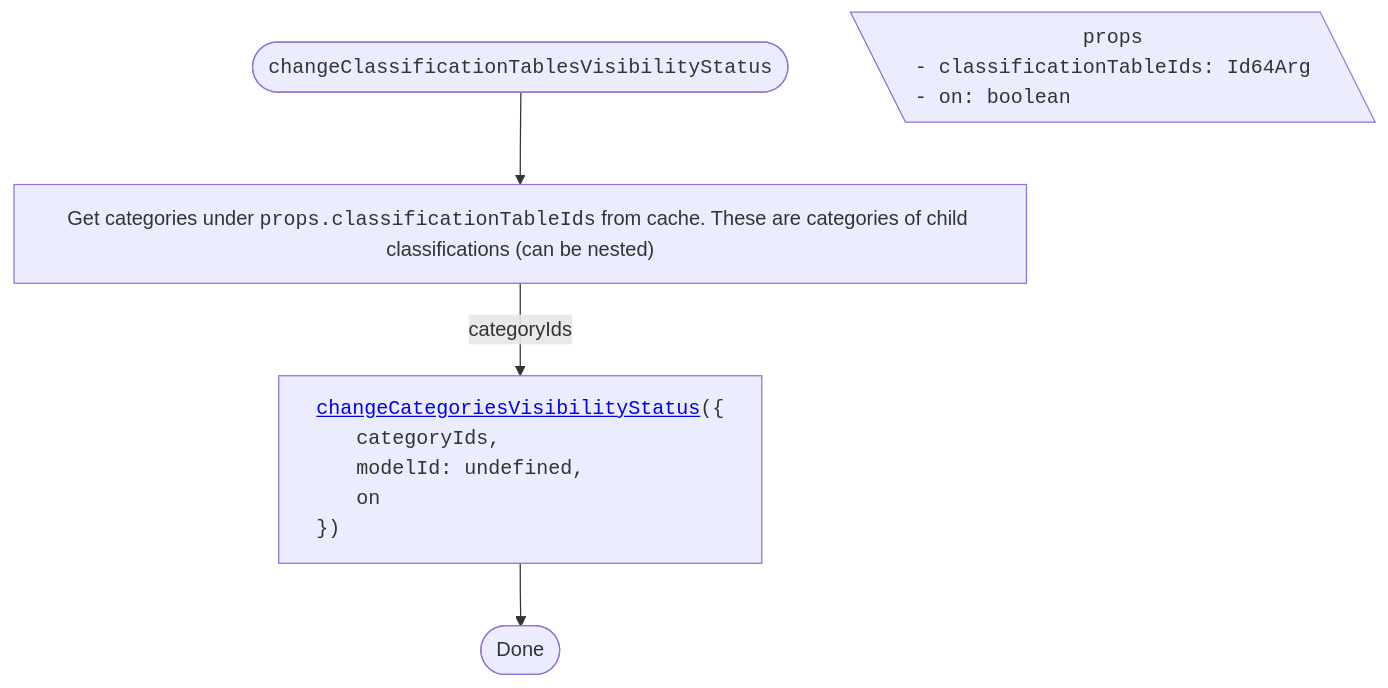
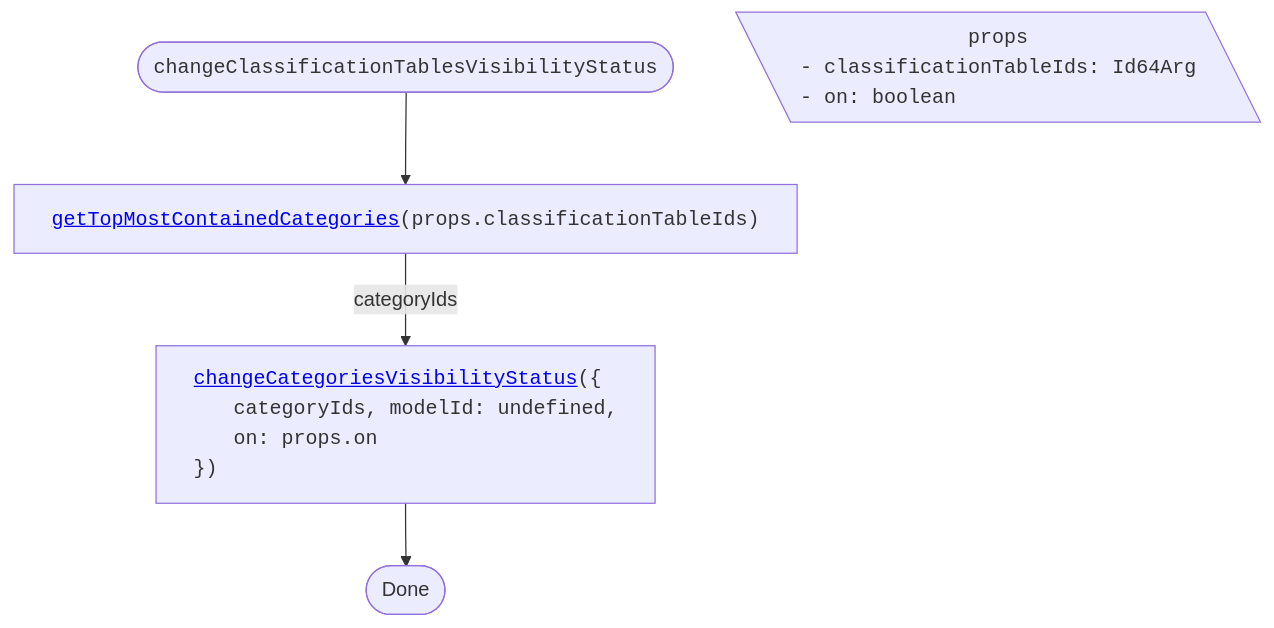
The fourth of 5 diagrams in packages/itwin/tree-widget/docs/ClassificationsTreeVisibilityHandling.md (iTwin/viewer-components-react), drawn with Mermaid before and after one commit. The commit also changed other lines of this file and 4 other files, not shown here.

Commit message:
[Tree widget]: update mermaid diagrams on `next`

````diff
--- a/packages/itwin/tree-widget/docs/ClassificationsTreeVisibilityHandling.md
+++ b/packages/itwin/tree-widget/docs/ClassificationsTreeVisibilityHandling.md
@@ -100,26 +111,25 @@
 ```mermaid
 ---
 config:
   flowchart:
     wrappingWidth: 750
     useMaxWidth: false
 ---
 
 flowchart TD
   RESULT_Done([Done])
 
   %% Start
-  TITLE(["<span style='font-family: monospace;'>changeClassificationTablesVisibilityStatus</span>"]) --> A["Get categories under <span style='font-family: monospace;'>props.classificationTableIds</span> from cache. These are categories of child classifications (can be nested)"]
+  TITLE(["<span style='font-family: monospace;'>changeClassificationTablesVisibilityStatus</span>"]) --> A["<span style='font-family: monospace;'><a href='#resolving-contained-categories'>getTopMostContainedCategories</a>(props.classificationTableIds)</span>"]
 
   PROPS[\"
     <span style='font-family: monospace;'>props</span>
     <span style='display: block; text-align: left; font-family: monospace;'>- classificationTableIds: Id64Arg<br/>- on: boolean</span>
   "\]
 
   A -- categoryIds --> B["<div style='text-align: left; font-family: monospace;'><a href='./SharedVisibilityHandling.md#changecategoriesvisibilitystatus'>changeCategoriesVisibilityStatus</a>({
-    <span style='padding-left: 2rem;'>categoryIds,</span>
-    <span style='padding-left: 2rem;'>modelId: undefined,</span>
-    <span style='padding-left: 2rem;'>on</span>
+    <span style='padding-left: 2rem;'>categoryIds, modelId: undefined,</span>
+    <span style='padding-left: 2rem;'>on: props.on</span>
     })</div>"]
   B --> RESULT_Done
 ```
````
